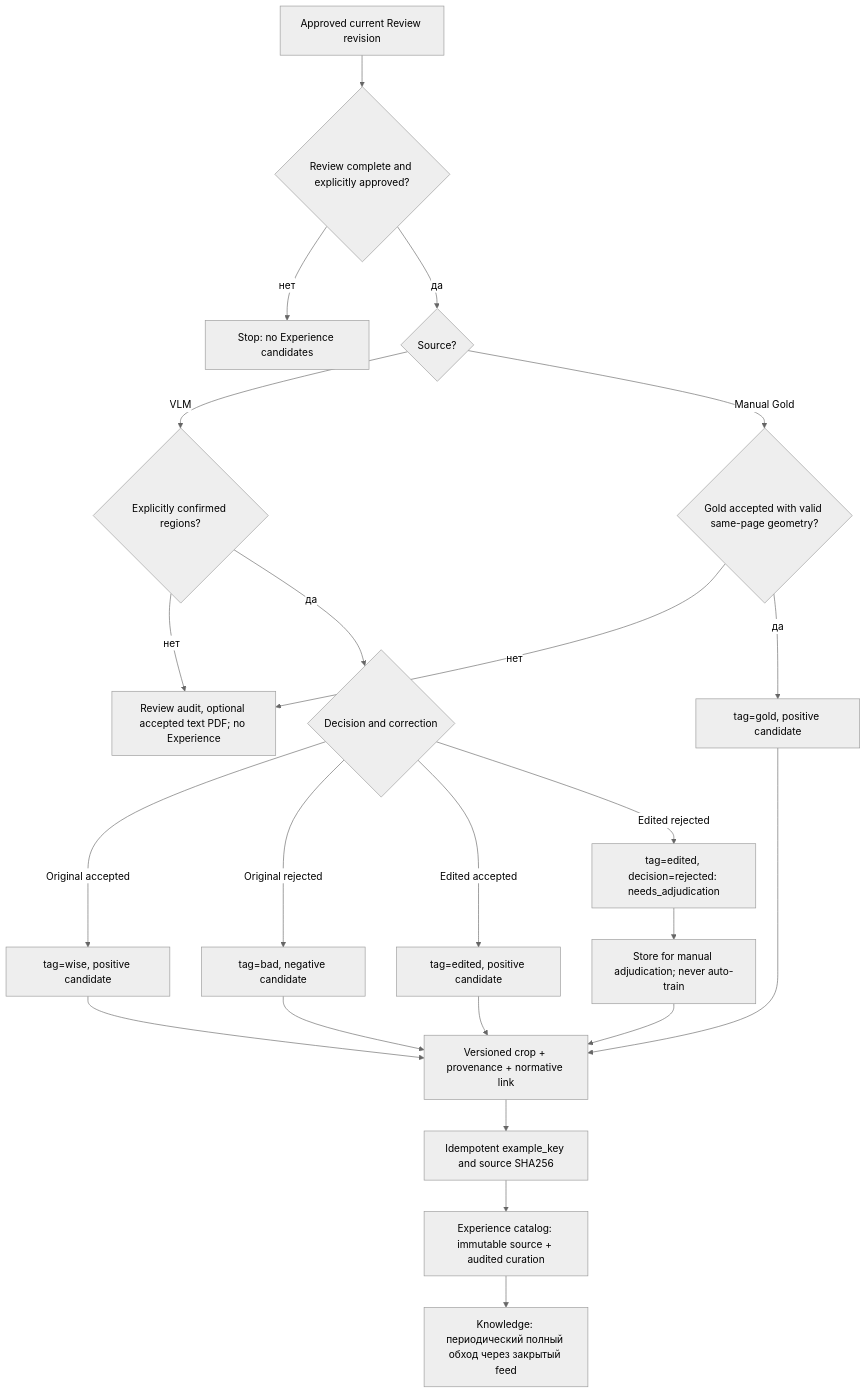
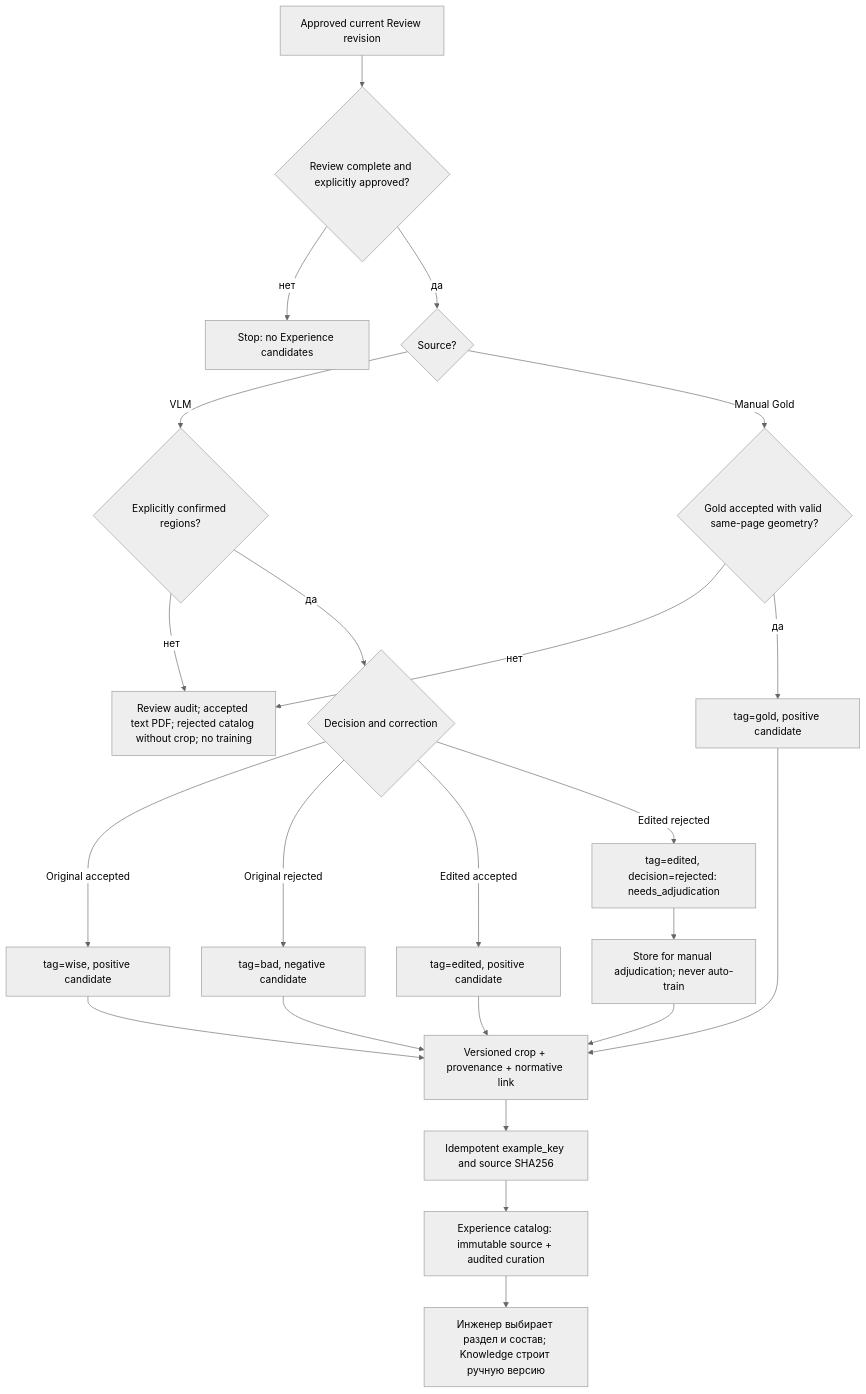
Before and after one commit to Amadu-A/PDRD-validation: diagram 13 of 15 in README.md, drawn with Mermaid (neutral theme). The commit also changed other lines of this file and 86 other files, not shown here.

````diff
--- a/README.md
+++ b/README.md
@@ -634,25 +648,25 @@
 ```mermaid
 flowchart TD
     START["Approved current Review revision"] --> COMPLETE{"Review complete and explicitly approved?"}
     COMPLETE -->|нет| STOP["Stop: no Experience candidates"]
     COMPLETE -->|да| SOURCE{"Source?"}
     SOURCE -->|VLM| VA{"Explicitly confirmed regions?"}
-    VA -->|нет| AUDIT["Review audit, optional accepted text PDF; no Experience"]
+    VA -->|нет| AUDIT["Review audit; accepted text PDF; rejected catalog without crop; no training"]
     VA -->|да| DEC{"Decision and correction"}
     SOURCE -->|Manual Gold| GA{"Gold accepted with valid same-page geometry?"}
     GA -->|нет| AUDIT
     GA -->|да| GOLD["tag=gold, positive candidate"]
     DEC -->|Original accepted| WISE["tag=wise, positive candidate"]
     DEC -->|Original rejected| BAD["tag=bad, negative candidate"]
     DEC -->|Edited accepted| EDIT["tag=edited, positive candidate"]
     DEC -->|Edited rejected| ADJ["tag=edited, decision=rejected: needs_adjudication"]
     WISE --> ASSET["Versioned crop + provenance + normative link"]
     BAD --> ASSET
     EDIT --> ASSET
     GOLD --> ASSET
     ADJ --> HOLD["Store for manual adjudication; never auto-train"]
     HOLD --> ASSET
     ASSET --> DEDUP["Idempotent example_key and source SHA256"]
     DEDUP --> STORE["Experience catalog: immutable source + audited curation"]
-    STORE --> INDEX["Knowledge: периодический полный обход через закрытый feed"]
+    STORE --> INDEX["Инженер выбирает раздел и состав; Knowledge строит ручную версию"]
 ```
````
